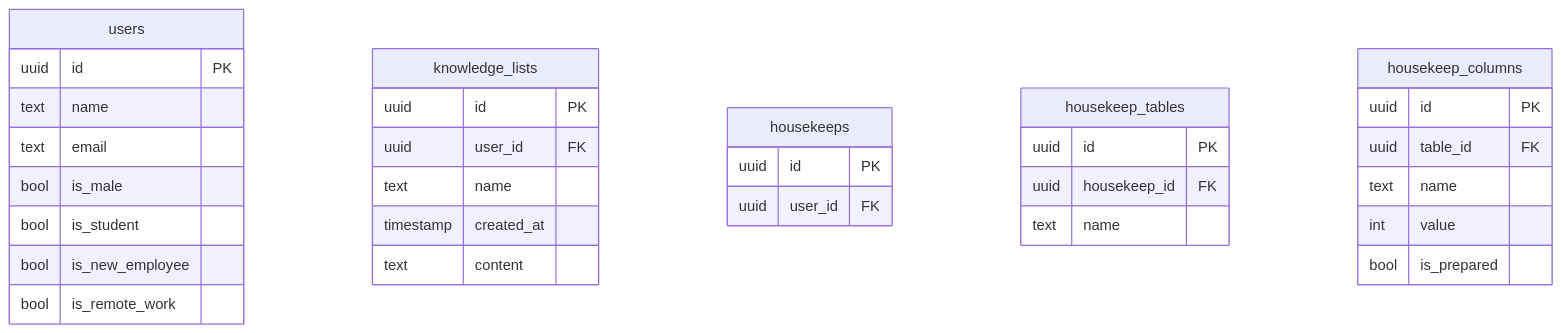
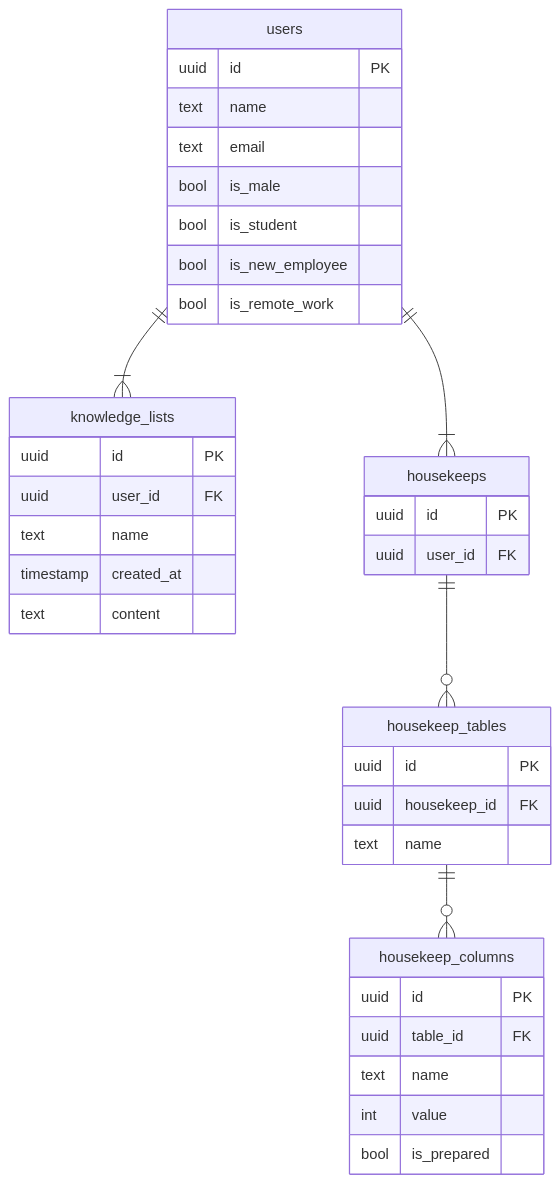
Before and after one commit to project-hikkoshiori/hikkoshiori: the diagram in docs/ER.md, drawn with Mermaid.

````diff
--- a/docs/ER.md
+++ b/docs/ER.md
@@ -1,41 +1,46 @@
 ```mermaid
 erDiagram
+
+    users ||--|{ knowledge_lists: ""
+    users ||--|{ housekeeps: ""
+    housekeeps ||--o{ housekeep_tables: ""
+    housekeep_tables ||--o{ housekeep_columns: ""
 
     users {
         uuid id PK
         text name
         text email
         bool is_male
         bool is_student
         bool is_new_employee
         bool is_remote_work
     }
 
     knowledge_lists {
         uuid id PK
         uuid user_id FK
         text name
         timestamp created_at
         text content
     }
 
     housekeeps {
         uuid id PK
         uuid user_id FK
     }
 
     housekeep_tables {
         uuid id PK
         uuid housekeep_id FK
         text name
     }
 
     housekeep_columns {
         uuid id PK
         uuid table_id FK
         text name
         int value
         bool is_prepared
     }
 
 ```
````
